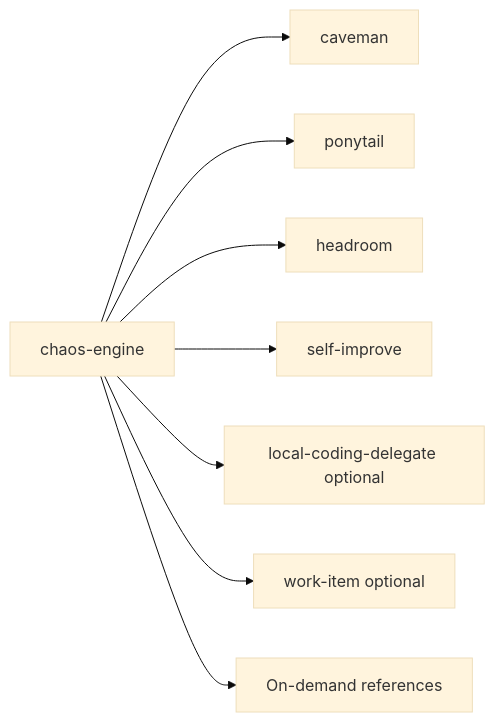
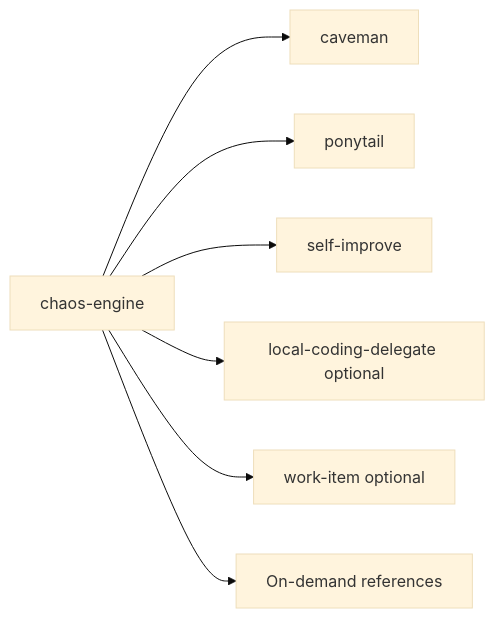
Before and after one commit to ShaftHQ/SHAFT_ENGINE: the fifth of 13 diagrams in chaos-engine/README.md, drawn with Mermaid (base theme). The commit also changed other lines of this file and 35 other files, not shown here.

````diff
--- a/chaos-engine/README.md
+++ b/chaos-engine/README.md
@@ -488,12 +486,11 @@
 ```mermaid
 flowchart LR
     accTitle: Skill topology
     accDescr: The canonical skill routes optional work skills and two pinned companions without duplicating policy.
     CE[chaos-engine] --> Caveman[caveman]
     CE --> Ponytail[ponytail]
-    CE --> Headroom[headroom]
     CE --> SelfImprove[self-improve]
     CE --> Delegate[local-coding-delegate optional]
     CE --> WorkItem[work-item optional]
     CE --> Refs[On-demand references]
 ```
````
